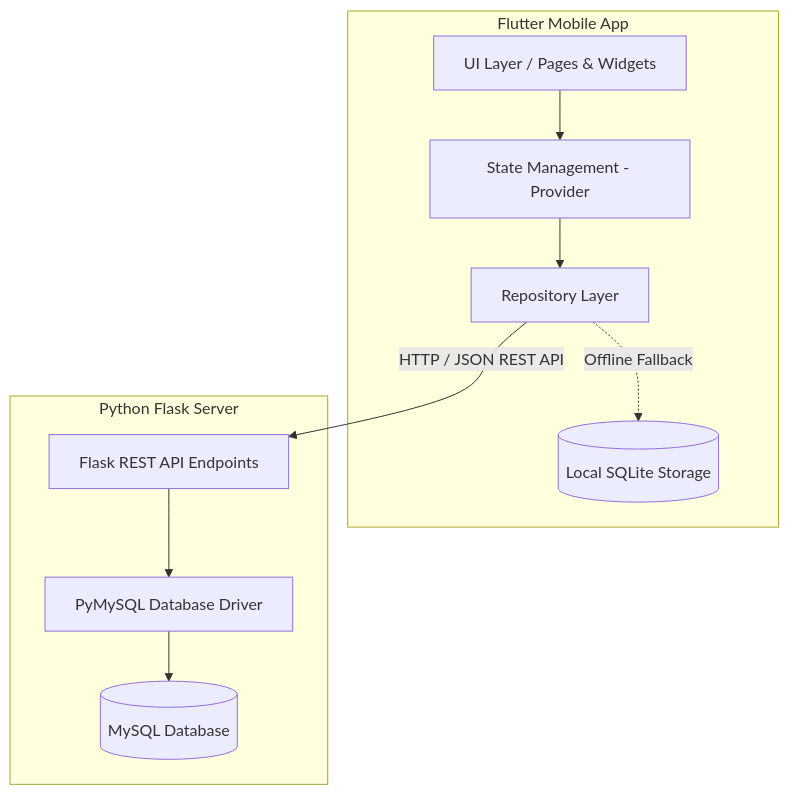
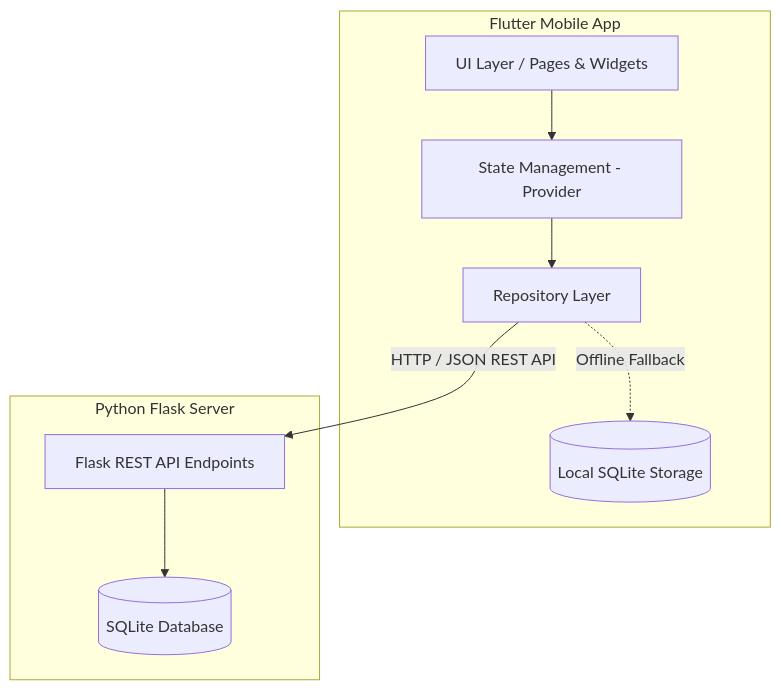
Before and after one commit to bimaaryasatya/serkom_lsp_jmp_toko_elektronik: the diagram in README.md, drawn with Mermaid. The commit also changed other lines of this file and 35 other files, not shown here.

Commit message:
feat: implement full-stack invoice generation service and architecture with PDF export support

````diff
--- a/README.md
+++ b/README.md
@@ -21,22 +21,20 @@
 ```mermaid
 graph TD
     subgraph Frontend [Flutter Mobile App]
         UI[UI Layer / Pages & Widgets]
         PROV[State Management - Provider]
         REPO[Repository Layer]
         SQLITE[(Local SQLite Storage)]
     end
 
     subgraph Backend [Python Flask Server]
         API[Flask REST API Endpoints]
-        PORS[PyMySQL Database Driver]
-        MYSQL[(MySQL Database)]
+        DB[(SQLite Database)]
     end
 
     UI --> PROV
     PROV --> REPO
     REPO -->|HTTP / JSON REST API| API
     REPO -.->|Offline Fallback| SQLITE
-    API --> PORS
-    PORS --> MYSQL
+    API --> DB
 ```
````
